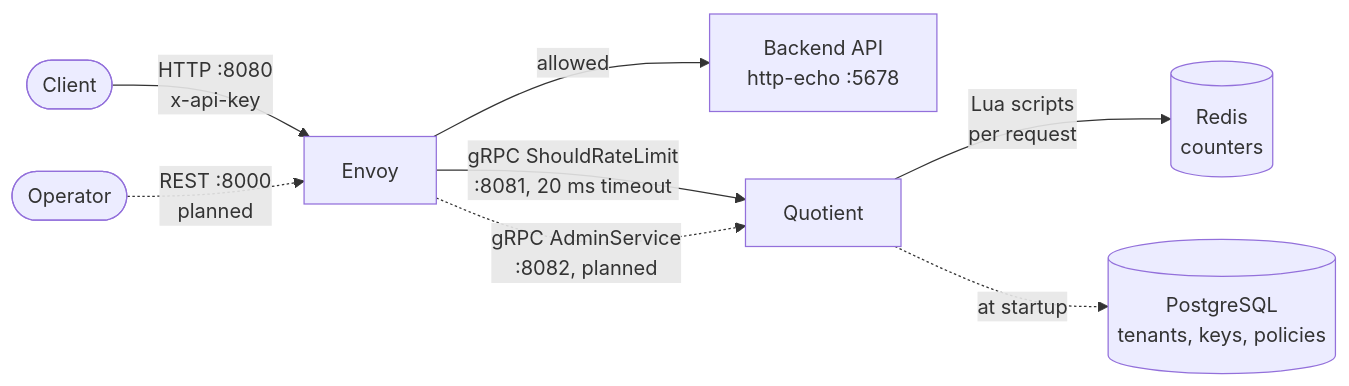
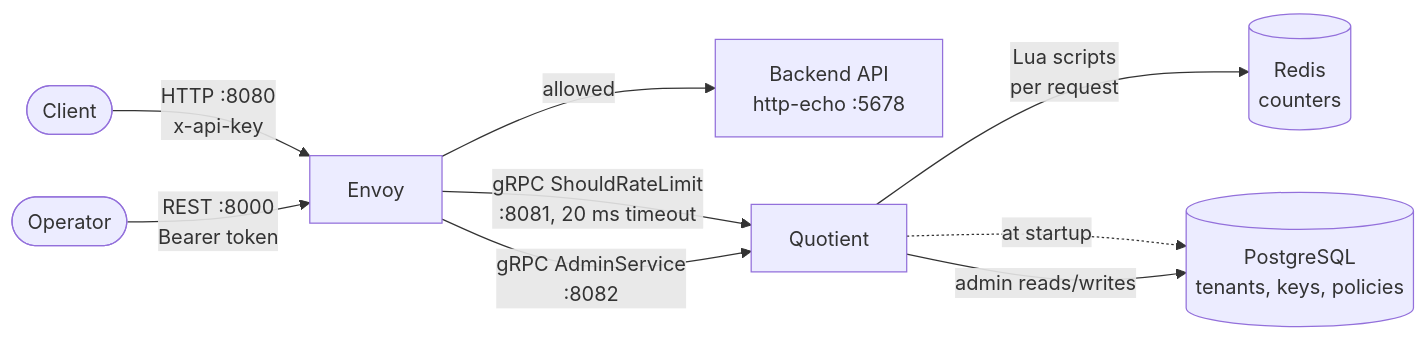
Before and after one commit to valentino3112/Quotient: the diagram in README.md, drawn with Mermaid. The commit also changed other lines of this file, not shown here.

Commit message:
README: admin API walkthrough, error table, config

````diff
--- a/README.md
+++ b/README.md
@@ -15,10 +16,11 @@
 ```mermaid
 flowchart LR
     client([Client]) -->|HTTP :8080<br/>x-api-key| envoy[Envoy]
     envoy -->|allowed| backend[Backend API<br/>http-echo :5678]
     envoy -->|gRPC ShouldRateLimit<br/>:8081, 20 ms timeout| quotient[Quotient]
     quotient -->|Lua scripts<br/>per request| redis[(Redis<br/>counters)]
     quotient -.->|at startup| postgres[(PostgreSQL<br/>tenants, keys, policies)]
-    admin([Operator]) -.->|REST :8000<br/>planned| envoy
-    envoy -.->|gRPC AdminService<br/>:8082, planned| quotient
+    admin([Operator]) -->|REST :8000<br/>Bearer token| envoy
+    envoy -->|gRPC AdminService<br/>:8082| quotient
+    quotient -->|admin reads/writes| postgres
 ```
````
